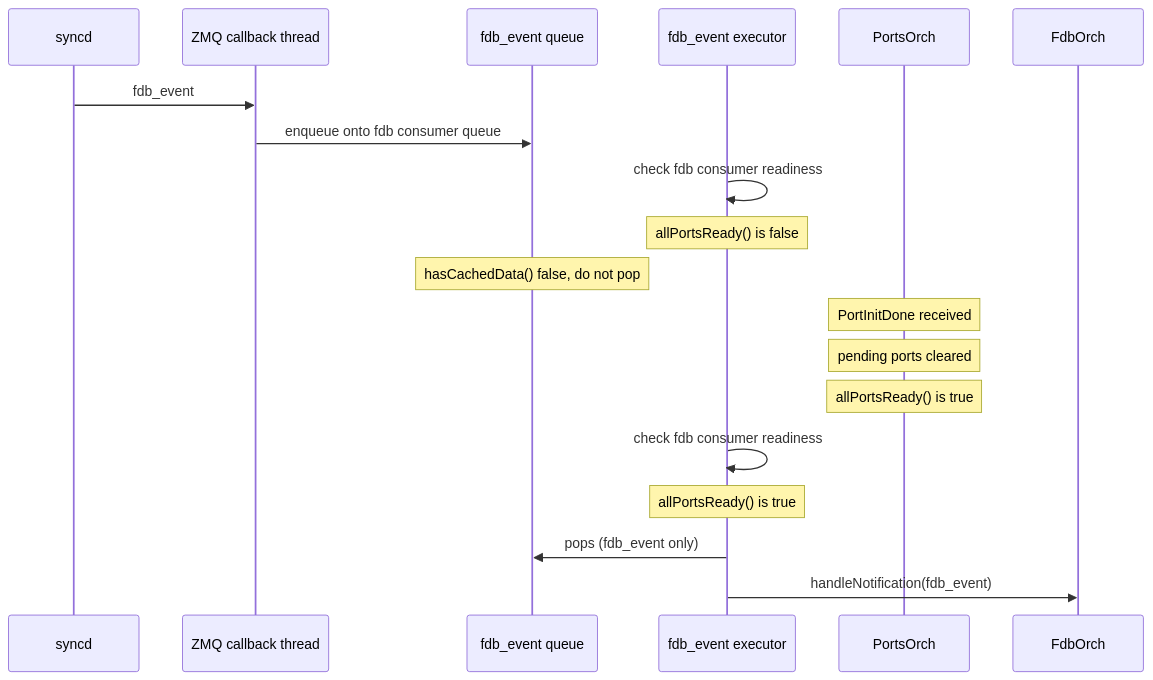
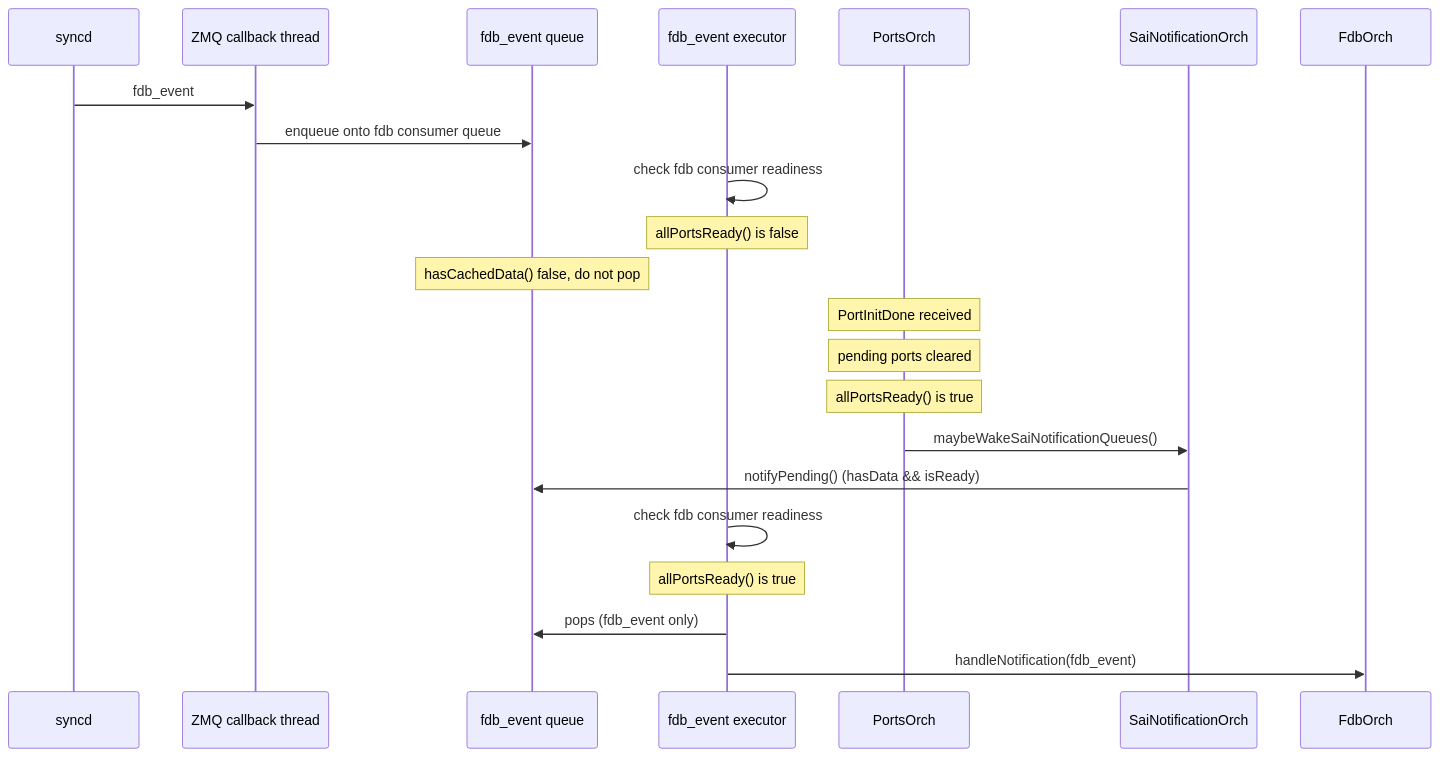
Before and after one commit to sonic-net/sonic-buildimage: the ninth of 10 diagrams in hld/zmq-southbound-sai-notification-handling.md, drawn with Mermaid. The commit also changed other lines of this file, not shown here.

Commit message:
Document readiness-transition wake-up in Option 3 HLD Add wakeReadyQueues() / maybeWakeSaiNotificationQueues() pseudo-code, §5.3.8.3 stall scenario, updated boot sequence diagram, and WakeOnReadinessTransition test reference to match sonic-swss #4806.

````diff
--- a/hld/zmq-southbound-sai-notification-handling.md
+++ b/hld/zmq-southbound-sai-notification-handling.md
@@ -1088,24 +1118,27 @@
 ```mermaid
 sequenceDiagram
     participant syncd
     participant Callback as ZMQ callback thread
     participant FdbQueue as fdb_event queue
     participant FdbExec as fdb_event executor
     participant PortsOrch
+    participant SaiNotifOrch as SaiNotificationOrch
     participant FdbOrch
 
     syncd->>Callback: fdb_event
     Callback->>FdbQueue: enqueue onto fdb consumer queue
     FdbExec->>FdbExec: check fdb consumer readiness
     Note over FdbExec: allPortsReady() is false
     Note over FdbQueue: hasCachedData() false, do not pop
 
     Note over PortsOrch: PortInitDone received
     Note over PortsOrch: pending ports cleared
     Note over PortsOrch: allPortsReady() is true
+    PortsOrch->>SaiNotifOrch: maybeWakeSaiNotificationQueues()
+    SaiNotifOrch->>FdbQueue: notifyPending() (hasData && isReady)
 
     FdbExec->>FdbExec: check fdb consumer readiness
     Note over FdbExec: allPortsReady() is true
     FdbExec->>FdbQueue: pops (fdb_event only)
     FdbExec->>FdbOrch: handleNotification(fdb_event)
 ```
````
